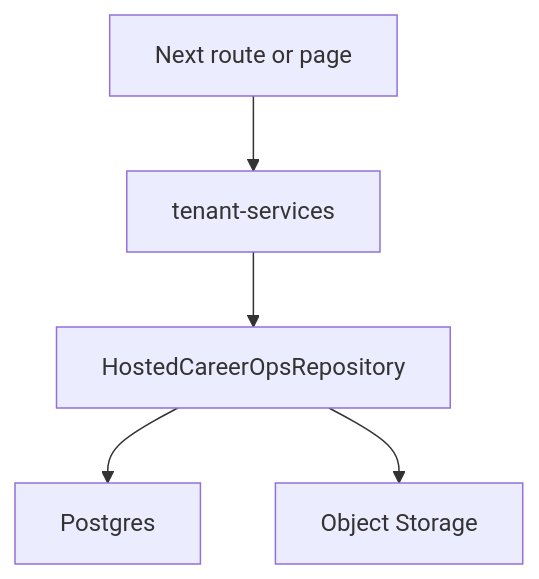
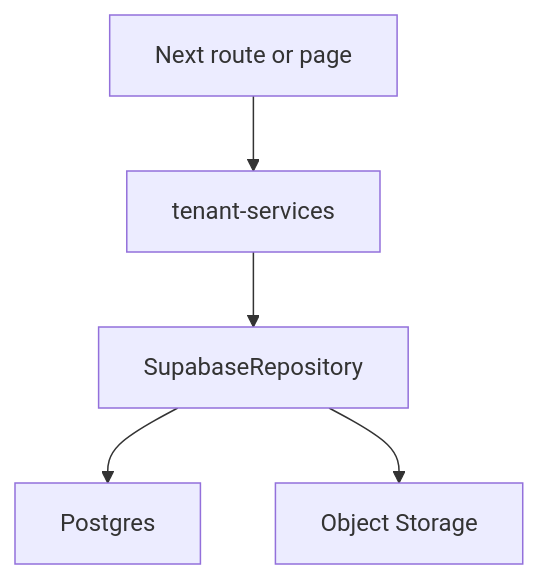
Before and after one commit to jkinman/workcraft: the fourth of 5 diagrams in docs/HOSTED_VERCEL_READINESS.md, drawn with Mermaid. The commit also changed other lines of this file and 25 other files, not shown here.

````diff
--- a/docs/HOSTED_VERCEL_READINESS.md
+++ b/docs/HOSTED_VERCEL_READINESS.md
@@ -173,7 +173,7 @@
 ```mermaid
 flowchart TD
   App["Next route or page"] --> TenantServices["tenant-services"]
-  TenantServices --> HostedRepository["HostedCareerOpsRepository"]
-  HostedRepository --> Postgres["Postgres"]
-  HostedRepository --> ObjectStorage["Object Storage"]
+  TenantServices --> SupabaseRepository["SupabaseRepository"]
+  SupabaseRepository --> Postgres["Postgres"]
+  SupabaseRepository --> ObjectStorage["Object Storage"]
 ```
````
